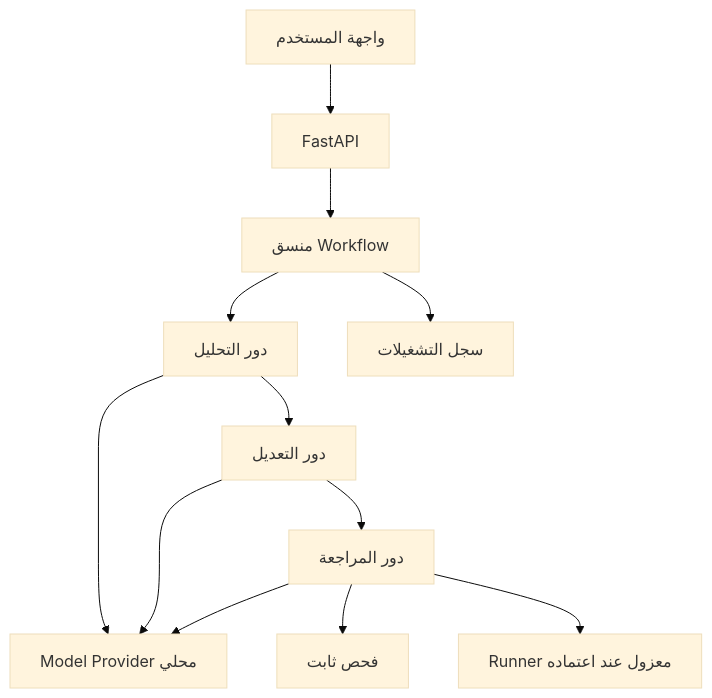
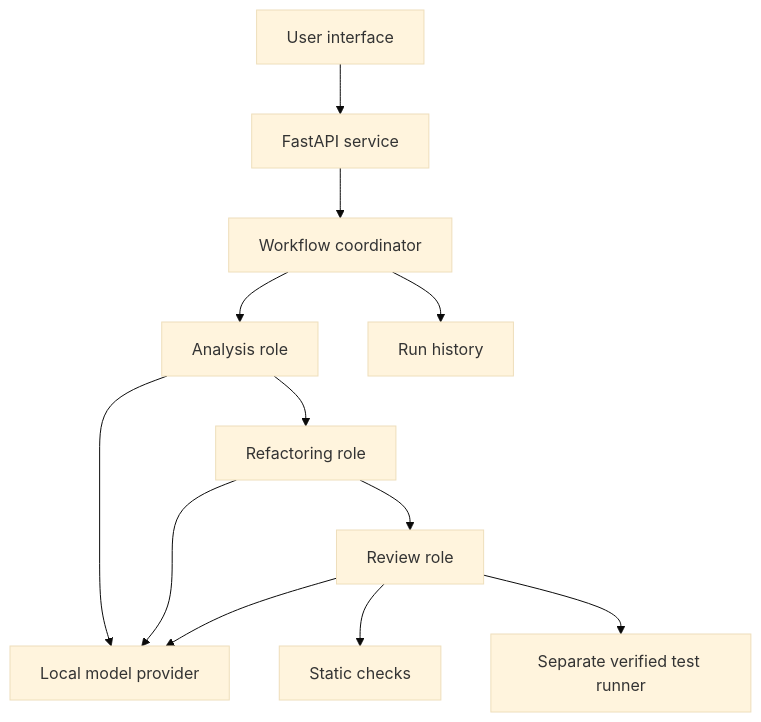
One commit to abdulrhmanmagdy1/grad-refactor-ai changed the second of 2 diagrams in docs/architecture/system-design.md. Above: the diagram before and after it, drawn with Mermaid (base theme). The commit also changed other lines of this file and 39 other files, not shown here.

````diff
--- a/docs/architecture/system-design.md
+++ b/docs/architecture/system-design.md
@@ -19,14 +19,14 @@
 ```mermaid
 flowchart TD
-    UI[واجهة المستخدم] --> API[FastAPI]
-    API --> O[منسق Workflow]
-    O --> A[دور التحليل]
-    A --> G[دور التعديل]
-    G --> V[دور المراجعة]
-    A --> M[Model Provider محلي]
+    UI[User interface] --> API[FastAPI service]
+    API --> O[Workflow coordinator]
+    O --> A[Analysis role]
+    A --> G[Refactoring role]
+    G --> V[Review role]
+    A --> M[Local model provider]
     G --> M
     V --> M
-    V --> C[فحص ثابت]
-    V --> X[Runner معزول عند اعتماده]
-    O --> DB[سجل التشغيلات]
+    V --> C[Static checks]
+    V --> X[Separate verified test runner]
+    O --> DB[Run history]
 ```
````
